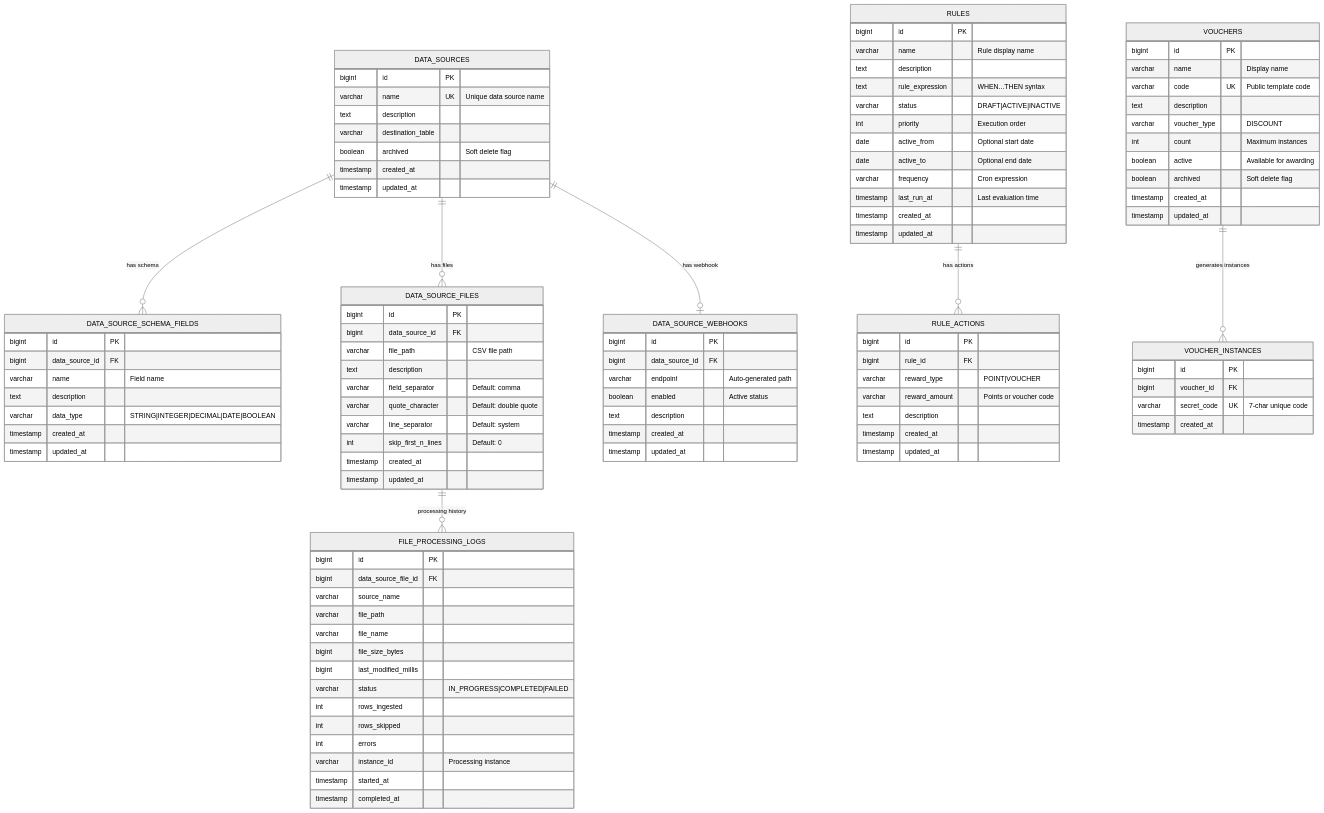
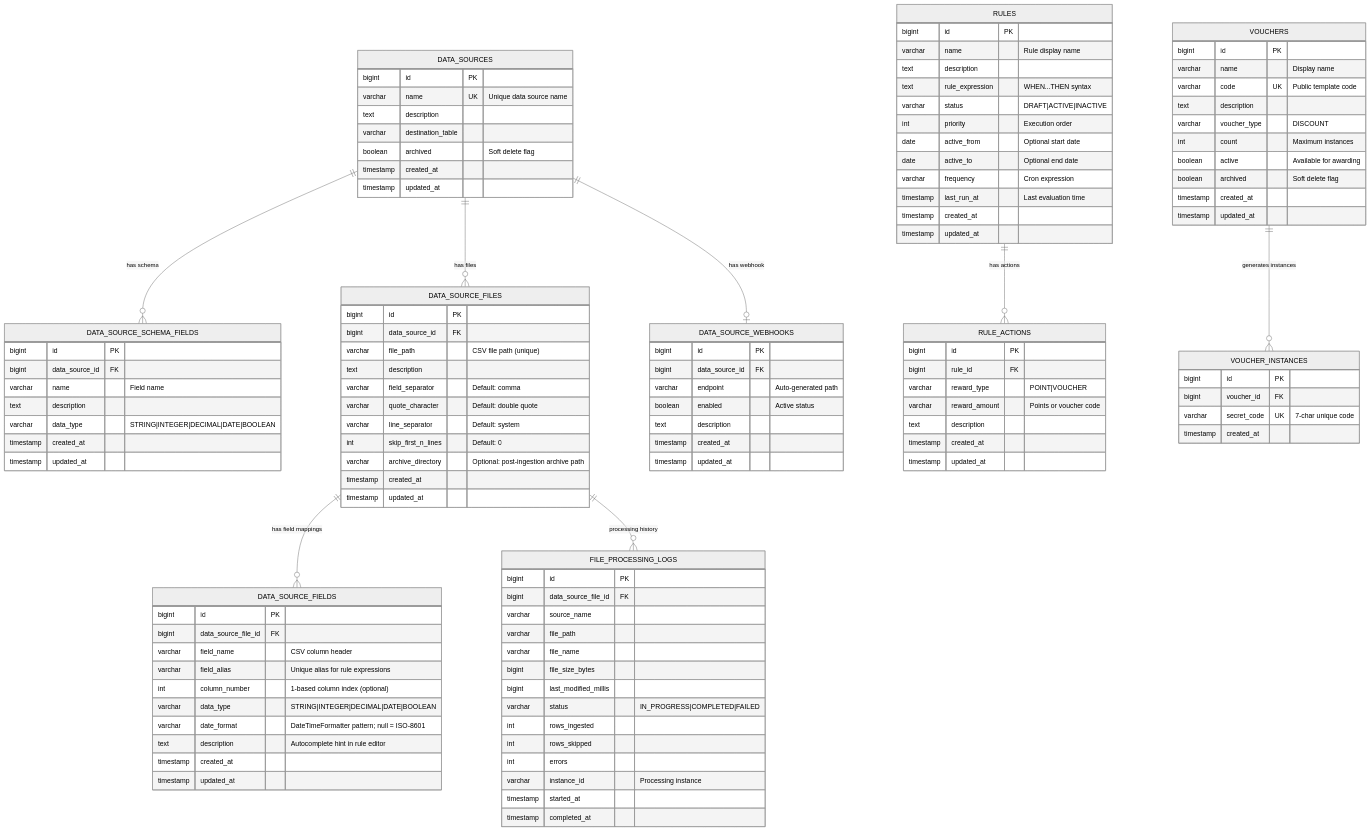
One commit to eendroroy/loyalty-engine changed the diagram in documentation/diagrams/database-schema.md. Above: the diagram before and after it, drawn with Mermaid (neutral theme). The commit also changed 4 other files, not shown here.

Commit message:
add support for per-field date format in schema and archive directory for ingested files

```diff
--- a/documentation/diagrams/database-schema.md
+++ b/documentation/diagrams/database-schema.md
@@ -25,12 +25,26 @@
     DATA_SOURCE_FILES {
         bigint id PK
         bigint data_source_id FK
-        varchar file_path "CSV file path"
+        varchar file_path "CSV file path (unique)"
         text description
         varchar field_separator "Default: comma"
         varchar quote_character "Default: double quote"
         varchar line_separator "Default: system"
         int skip_first_n_lines "Default: 0"
+        varchar archive_directory "Optional: post-ingestion archive path"
+        timestamp created_at
+        timestamp updated_at
+    }
+    
+    DATA_SOURCE_FIELDS {
+        bigint id PK
+        bigint data_source_file_id FK
+        varchar field_name "CSV column header"
+        varchar field_alias "Unique alias for rule expressions"
+        int column_number "1-based column index (optional)"
+        varchar data_type "STRING|INTEGER|DECIMAL|DATE|BOOLEAN"
+        varchar date_format "DateTimeFormatter pattern; null = ISO-8601"
+        text description "Autocomplete hint in rule editor"
         timestamp created_at
         timestamp updated_at
     }
@@ -111,6 +125,7 @@
     DATA_SOURCES ||--o{ DATA_SOURCE_SCHEMA_FIELDS : "has schema"
     DATA_SOURCES ||--o{ DATA_SOURCE_FILES : "has files"
     DATA_SOURCES ||--o| DATA_SOURCE_WEBHOOKS : "has webhook"
+    DATA_SOURCE_FILES ||--o{ DATA_SOURCE_FIELDS : "has field mappings"
     
     RULES ||--o{ RULE_ACTIONS : "has actions"
     
```
